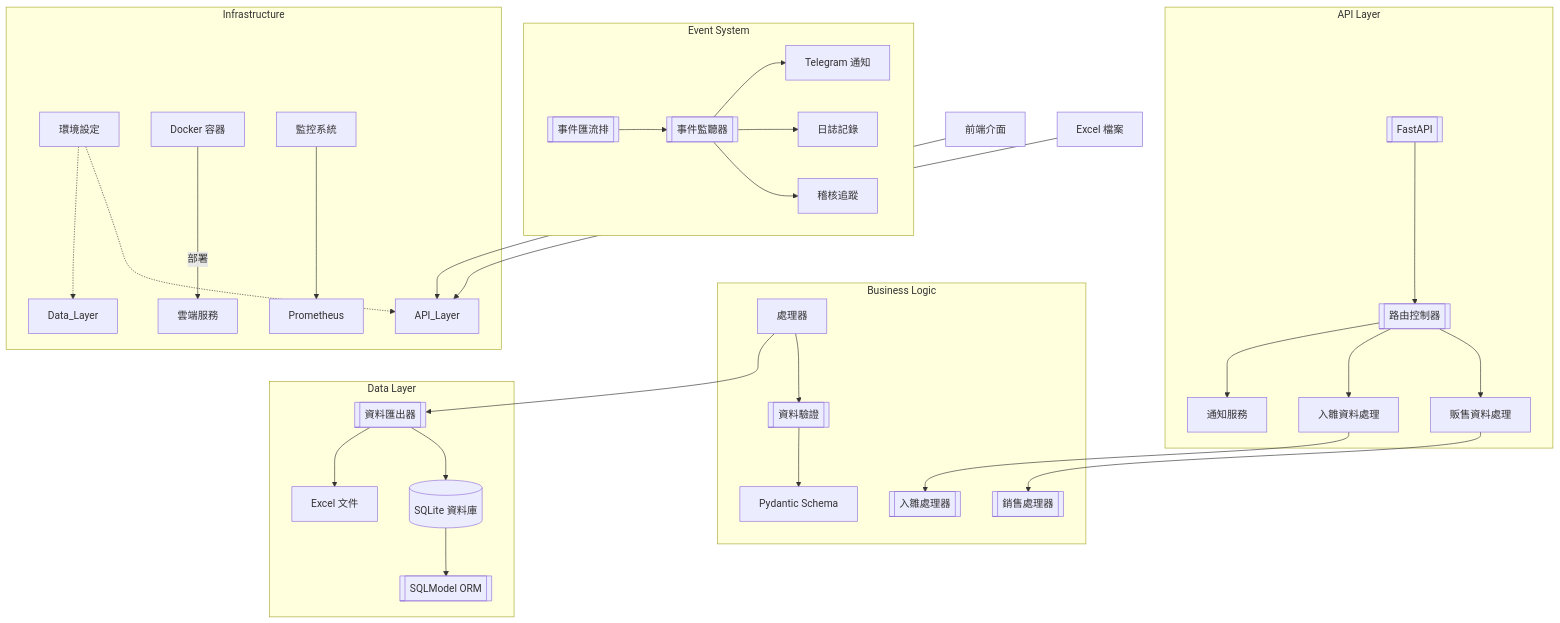
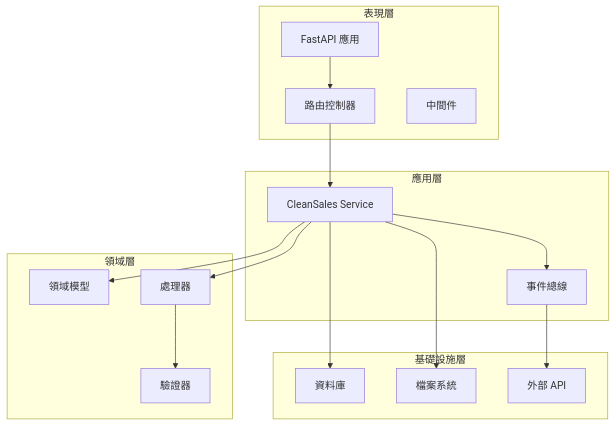
One commit to gurumfj/date-calculator-htmx changed the fifth of 7 diagrams in docs/structure.md. Above: the diagram before and after it, drawn with Mermaid. The commit also changed other lines of this file, not shown here.

First line of the commit message:
Update system architecture documentation with comprehensive layered design overview

````diff
--- a/docs/structure.md
+++ b/docs/structure.md
@@ -437,40 +211,35 @@
 ```mermaid
-flowchart TD
-    subgraph API Layer
-        FastAPI[[FastAPI]] --> Router[[路由控制器]]
-        Router --> SalesHandler[販售資料處理]
-        Router --> BreedsHandler[入雛資料處理]
-        Router --> NotificationHandler[通知服務]
+flowchart TB
+    subgraph Presentation[表現層]
+        FastAPI[FastAPI 應用]
+        Router[路由控制器]
+        Middleware[中間件]
     end
 
-    subgraph Business Logic
-        SalesHandler --> SalesProcessor[[銷售處理器]]
-        BreedsHandler --> BreedsProcessor[[入雛處理器]]
-        Processor[處理器] --> Validator[[資料驗證]]
-        Validator --> Schema[Pydantic Schema]
+    subgraph Application[應用層]
+        Service[CleanSales Service]
+        EventBus[事件總線]
     end
 
-    subgraph Data Layer
-        Processor --> Exporter[[資料匯出器]]
-        Exporter --> SQLite[(SQLite 資料庫)]
-        Exporter --> Excel[Excel 文件]
-        SQLite --> ORM[[SQLModel ORM]]
+    subgraph Domain[領域層]
+        Models[領域模型]
+        Processors[處理器]
+        Validators[驗證器]
     end
 
-    subgraph Event System
-        EventBus[[事件匯流排]] --> Listener[[事件監聽器]]
-        Listener --> TelegramNotifier[Telegram 通知]
-        Listener --> Logging[日誌記錄]
-        Listener --> Audit[稽核追蹤]
+    subgraph Infrastructure[基礎設施層]
+        Database[資料庫]
+        FileSystem[檔案系統]
+        ExternalAPI[外部 API]
     end
 
-    subgraph Infrastructure
-        Config[環境設定] -.-> API_Layer
-        Config -.-> Data_Layer
-        Docker[Docker 容器] -->|部署| Cloud[雲端服務]
-        Monitoring[監控系統] --> Prometheus[Prometheus]
-    end
-
-    User[前端介面] --> API_Layer
-    FileUpload[Excel 檔案] --> API_Layer
+    FastAPI --> Router
+    Router --> Service
+    Service --> Models
+    Service --> Processors
+    Service --> EventBus
+    Processors --> Validators
+    Service --> Database
+    Service --> FileSystem
+    EventBus --> ExternalAPI
 ```
````
